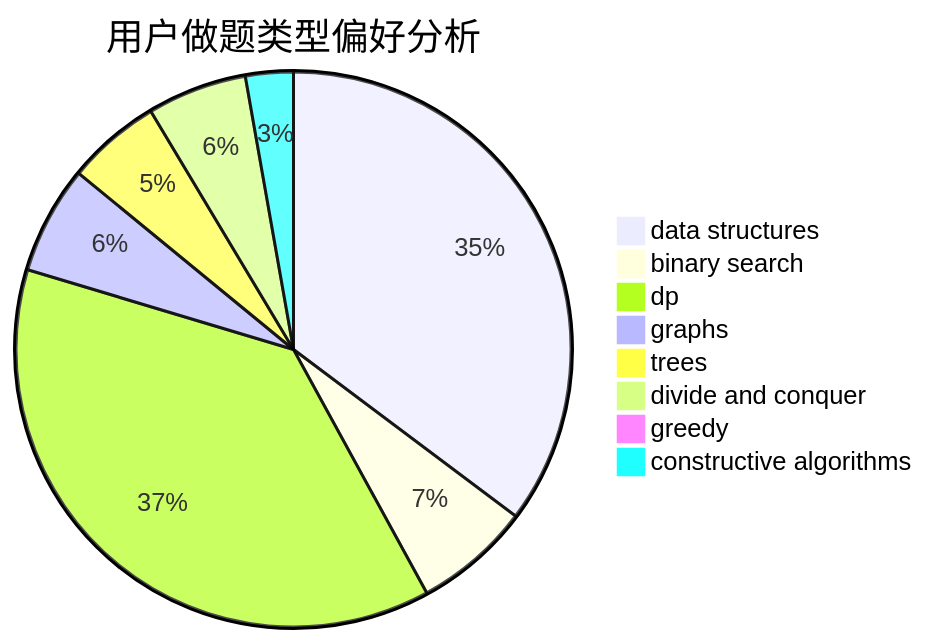
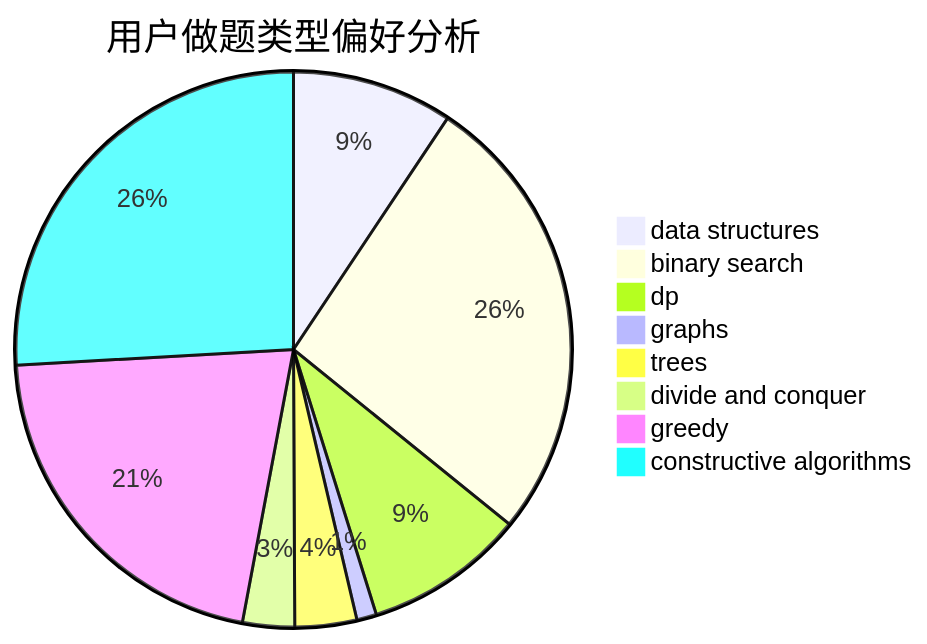
One commit to sherpahu/cfrs.github.io changed the second of 3 diagrams in docs/user/u222.md. Above: the diagram before and after it, drawn with Mermaid. The commit also changed other lines of this file and 2770 other files, not shown here.

````diff
--- a/docs/user/u222.md
+++ b/docs/user/u222.md
@@ -23,11 +23,11 @@
 ```mermaid
 pie title 用户做题类型偏好分析
-    "data structures" :  431
-    "binary search" :  83
-    "dp" :  460
-    "graphs" :  77
-    "trees" :  67
-    "divide and conquer" :  71
-    "greedy" :  10
-    "constructive algorithms" :  34
+    "data structures" :  65
+    "binary search" :  184
+    "dp" :  65
+    "graphs" :  8
+    "trees" :  25
+    "divide and conquer" :  21
+    "greedy" :  147
+    "constructive algorithms" :  180
 ```
````
